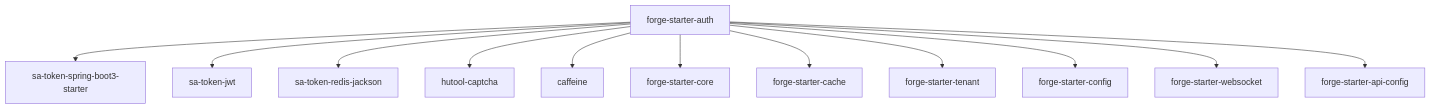
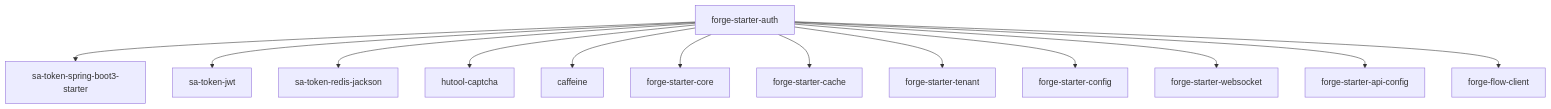
The seventh of 7 diagrams in .qoder/repowiki/zh/content/后端框架详解/安全认证模块/安全认证模块.md (yaomindong1996/forge-admin), drawn with Mermaid before and after one commit. The commit also changed other lines of this file and 76 other files, not shown here.

````diff
--- a/.qoder/repowiki/zh/content/后端框架详解/安全认证模块/安全认证模块.md
+++ b/.qoder/repowiki/zh/content/后端框架详解/安全认证模块/安全认证模块.md
@@ -326,14 +370,15 @@
 ```mermaid
 graph TB
 MOD["forge-starter-auth"] --> SATOKEN["sa-token-spring-boot3-starter"]
 MOD --> JWT["sa-token-jwt"]
 MOD --> REDIS["sa-token-redis-jackson"]
 MOD --> HUTOOL["hutool-captcha"]
 MOD --> CAFFEINE["caffeine"]
 MOD --> CORE["forge-starter-core"]
 MOD --> CACHE["forge-starter-cache"]
 MOD --> TENANT["forge-starter-tenant"]
 MOD --> CONFIG["forge-starter-config"]
 MOD --> WS["forge-starter-websocket"]
 MOD --> APICONFIG["forge-starter-api-config"]
+MOD --> FLOWCLIENT["forge-flow-client"]
 ```
````
